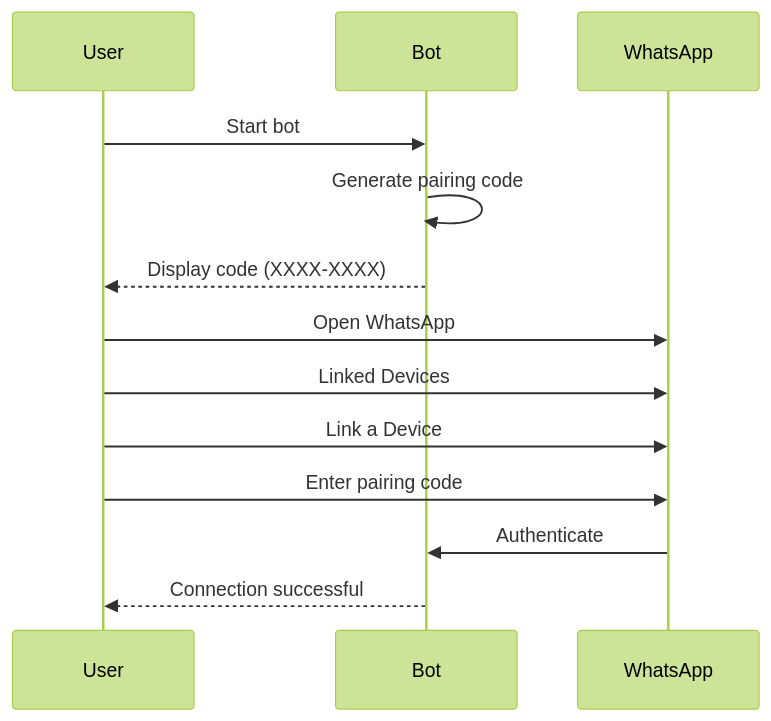
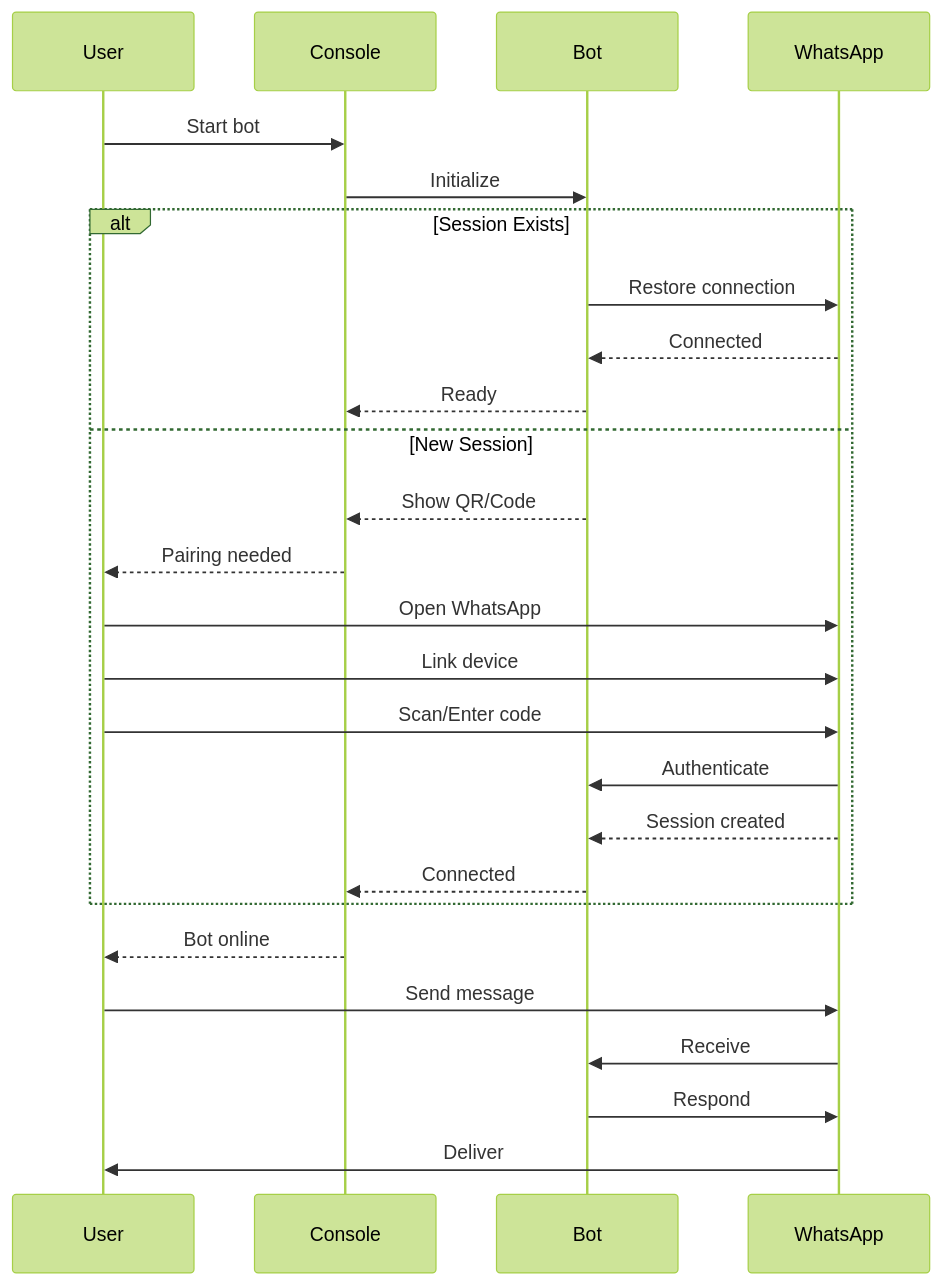
Before and after one commit to naruyaizumi/liora: the second of 2 diagrams in .github/INSTALLATION.md, drawn with Mermaid (forest theme). The commit also changed other lines of this file and 3 other files, not shown here.

````diff
--- a/.github/INSTALLATION.md
+++ b/.github/INSTALLATION.md
@@ -409,16 +469,34 @@
 ```mermaid
 sequenceDiagram
     participant U as User
+    participant C as Console
     participant B as Bot
     participant WA as WhatsApp
 
-    U->>B: Start bot
-    B->>B: Generate pairing code
-    B-->>U: Display code (XXXX-XXXX)
-    U->>WA: Open WhatsApp
-    U->>WA: Linked Devices
-    U->>WA: Link a Device
-    U->>WA: Enter pairing code
-    WA->>B: Authenticate
-    B-->>U: Connection successful
+    U->>C: Start bot
+    C->>B: Initialize
+    
+    alt Session Exists
+        B->>WA: Restore connection
+        WA-->>B: Connected
+        B-->>C: Ready
+    else New Session
+        B-->>C: Show QR/Code
+        C-->>U: Pairing needed
+        
+        U->>WA: Open WhatsApp
+        U->>WA: Link device
+        U->>WA: Scan/Enter code
+        
+        WA->>B: Authenticate
+        WA-->>B: Session created
+        B-->>C: Connected
+    end
+    
+    C-->>U: Bot online
+    
+    U->>WA: Send message
+    WA->>B: Receive
+    B->>WA: Respond
+    WA->>U: Deliver
 ```
````
